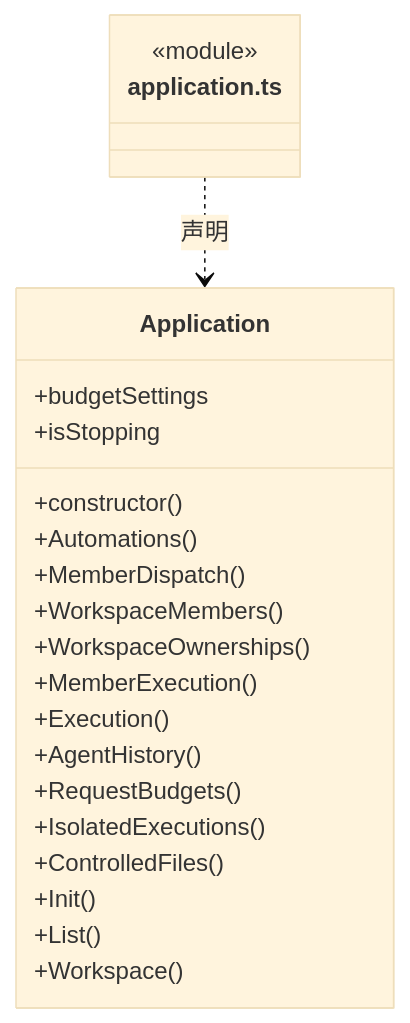
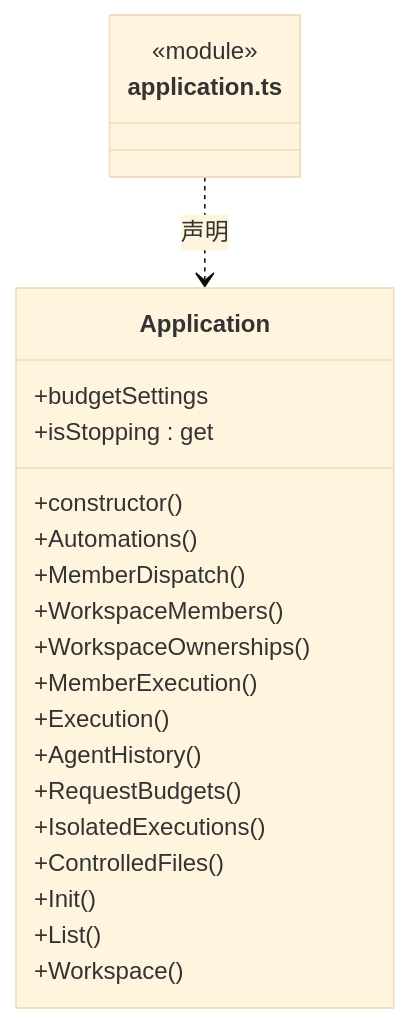
The fifth of 7 diagrams in src/logic/application/ARCHITECTURE.md (nan023062/cbim), drawn with Mermaid (base theme) before and after one commit. The commit also changed other lines of this file and 137 other files, not shown here.

Commit message:
fix: align architecture generator with documentation standards

````diff
--- a/src/logic/application/ARCHITECTURE.md
+++ b/src/logic/application/ARCHITECTURE.md
@@ -431,25 +433,25 @@
 ```mermaid
 classDiagram
 class N_src_logic_application_application_ts["application.ts"] {
   <<module>>
 }
 class N_src_logic_application_application_ts_Application["Application"] {
   +budgetSettings
-  +isStopping
+  +isStopping : get
   +constructor()
   +Automations()
   +MemberDispatch()
   +WorkspaceMembers()
   +WorkspaceOwnerships()
   +MemberExecution()
   +Execution()
   +AgentHistory()
   +RequestBudgets()
   +IsolatedExecutions()
   +ControlledFiles()
   +Init()
   +List()
   +Workspace()
 }
 N_src_logic_application_application_ts ..> N_src_logic_application_application_ts_Application : 声明
 ```
````
